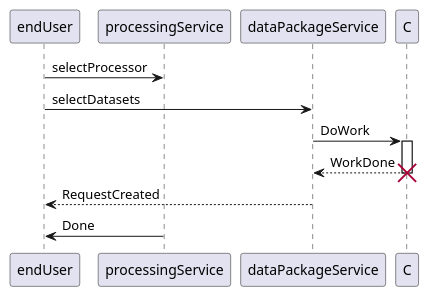
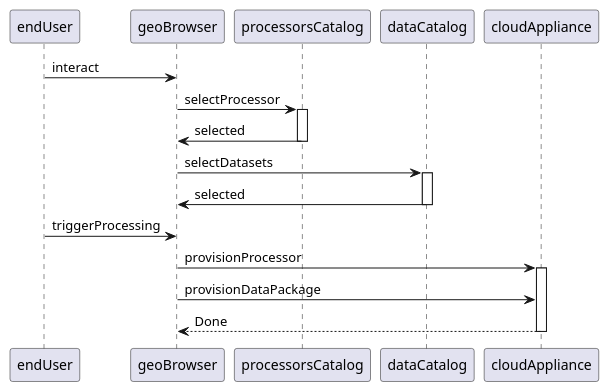
Before and after one commit to Terradue/doc-tep-geohazards-arch: the sixth of 6 diagrams in source/enterprise/scope.rst, drawn with PlantUML.

```diff
--- a/source/enterprise/scope.rst
+++ b/source/enterprise/scope.rst
@@ -106,20 +106,21 @@
 .. uml::
 
        participant endUser
 
-       endUser -> processingService: selectProcessor
-       deactivate processingService
+       endUser -> geoBrowser: interact
+       geoBrowser -> processorsCatalog: selectProcessor
+       activate processorsCatalog
+       geoBrowser <- processorsCatalog: selected 
+       deactivate processorsCatalog
 
-       endUser -> dataPackageService: selectDatasets
-       deactivate dataPackageService
+       geoBrowser -> dataCatalog: selectDatasets
+       activate dataCatalog
+       geoBrowser <- dataCatalog: selected
+       deactivate dataCatalog
 
-       dataPackageService -> C: DoWork
-       activate C
-       C --> dataPackageService: WorkDone
-       destroy C
-
-       dataPackageService --> endUser: RequestCreated
-       deactivate dataPackageService
-
-       processingService -> endUser: Done
-       deactivate processingService
+       endUser -> geoBrowser: triggerProcessing
+       geoBrowser -> cloudAppliance: provisionProcessor
+       activate cloudAppliance
+       geoBrowser -> cloudAppliance: provisionDataPackage
+       cloudAppliance --> geoBrowser: Done
+       deactivate cloudAppliance
```
